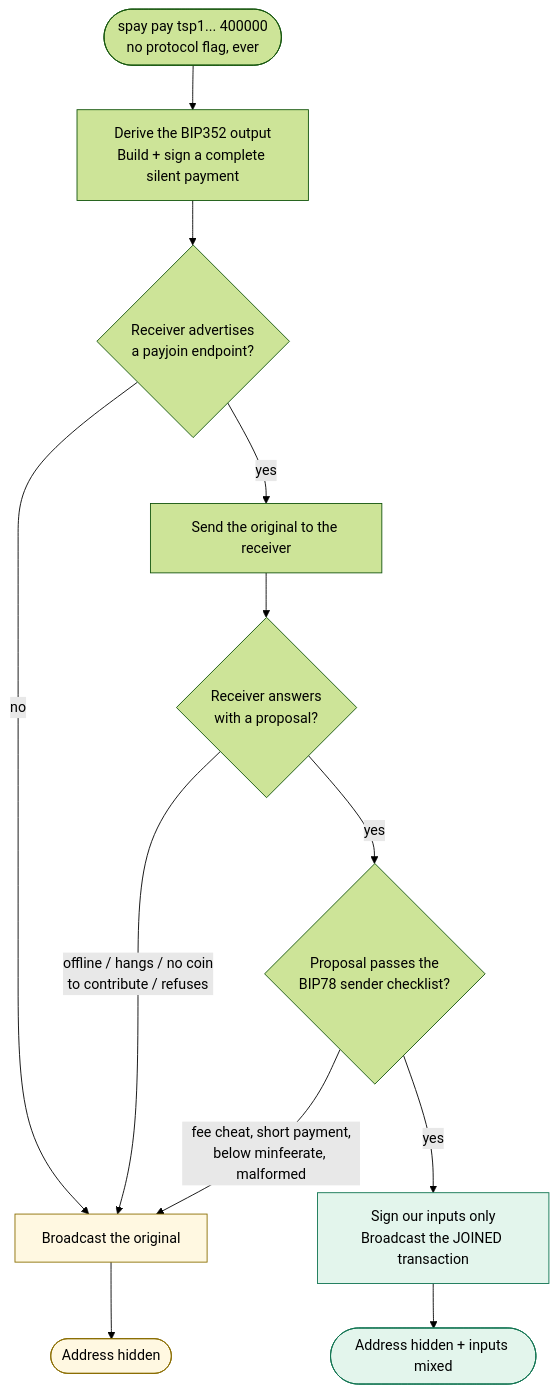
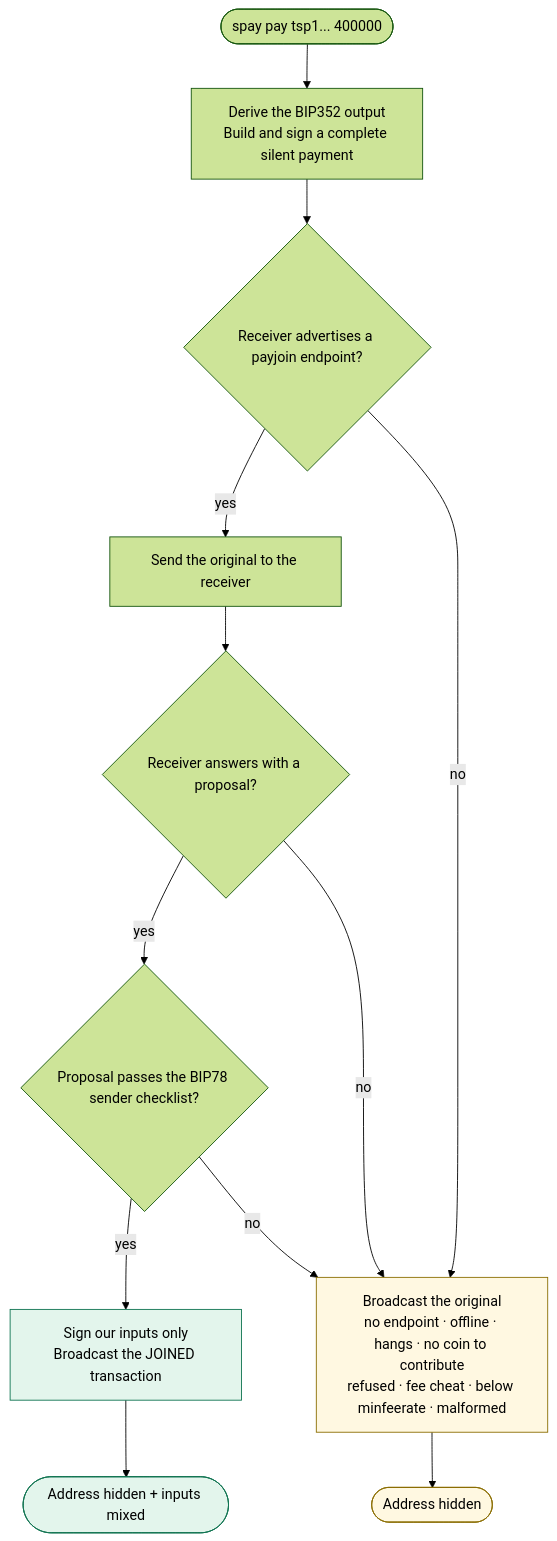
One commit to nisargpatel7042lva/sp-payjoin changed the third of 4 diagrams in README.md. Above: the diagram before and after it, drawn with Mermaid (forest theme). The commit also changed other lines of this file and 1 other file, not shown here.

Commit message:
fix: correct step reference and failure-mode count in README, resolve BIP77 contradiction in limitations, render-safe flowchart

````diff
--- a/README.md
+++ b/README.md
@@ -118,25 +118,30 @@
 ```mermaid
 flowchart TB
-    START(["spay pay tsp1... 400000<br/>no protocol flag, ever"]) --> BUILD["Derive the BIP352 output<br/>Build + sign a complete silent payment"]
-    BUILD --> Q1{"Receiver advertises<br/>a payjoin endpoint?"}
+    START(["spay pay tsp1... 400000"])
+    BUILD["Derive the BIP352 output<br/>Build and sign a complete silent payment"]
+    Q1{"Receiver advertises a payjoin endpoint?"}
+    ASK["Send the original to the receiver"]
+    Q2{"Receiver answers with a proposal?"}
+    Q3{"Proposal passes the BIP78 sender checklist?"}
+    JOIN["Sign our inputs only<br/>Broadcast the JOINED transaction"]
+    FB["Broadcast the original<br/>no endpoint · offline · hangs · no coin to contribute<br/>refused · fee cheat · below minfeerate · malformed"]
+    G1(["Address hidden + inputs mixed"])
+    G2(["Address hidden"])
 
-    Q1 -- no --> FB
-    Q1 -- yes --> ASK["Send the original to the receiver"]
-    ASK --> Q2{"Receiver answers<br/>with a proposal?"}
-
-    Q2 -- "offline / hangs / no coin<br/>to contribute / refuses" --> FB
-    Q2 -- yes --> CHECK{"Proposal passes the<br/>BIP78 sender checklist?"}
-
-    CHECK -- "fee cheat, short payment,<br/>below minfeerate, malformed" --> FB
-    CHECK -- yes --> JOIN["Sign our inputs only<br/>Broadcast the JOINED transaction"]
-
-    FB["Broadcast the original"]
-
-    JOIN --> G1(["Address hidden + inputs mixed"])
-    FB --> G2(["Address hidden"])
+    START --> BUILD
+    BUILD --> Q1
+    Q1 -->|yes| ASK
+    Q1 -->|no| FB
+    ASK --> Q2
+    Q2 -->|yes| Q3
+    Q2 -->|no| FB
+    Q3 -->|yes| JOIN
+    Q3 -->|no| FB
+    JOIN --> G1
+    FB --> G2
 
     style JOIN fill:#e3f5ec,stroke:#0e7350,color:#000
     style G1 fill:#e3f5ec,stroke:#0e7350,color:#000
     style FB fill:#fff8e1,stroke:#8a6d00,color:#000
     style G2 fill:#fff8e1,stroke:#8a6d00,color:#000
 ```
````
